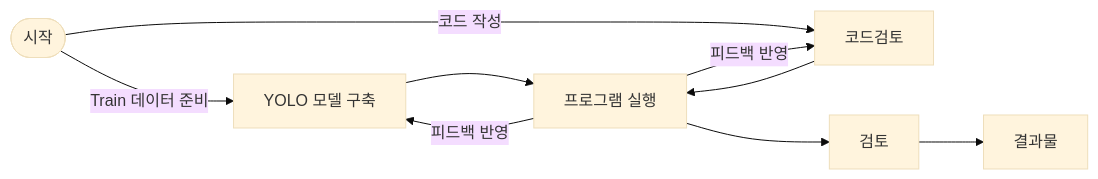
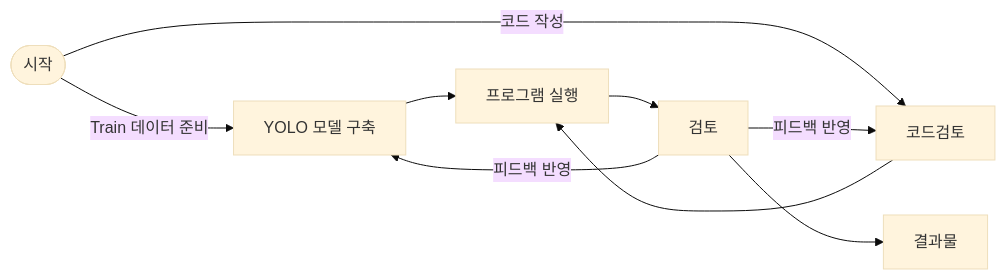
Before and after one commit to gamdumdum/my-project: the first of 2 diagrams in README.md, drawn with Mermaid (base theme).

````diff
--- a/README.md
+++ b/README.md
@@ -1,14 +1,15 @@
 ```mermaid
 flowchart LR
     시작([시작])
     시작 -->|Train 데이터 준비| Yolo[YOLO 모델 구축]
     시작 -->|코드 작성| 코드검토[코드검토]
 
     Yolo --> 실행[프로그램 실행]
     코드검토 --> 실행
+    실행 -->검토[검토]
 
-    실행 -->|피드백 반영| 코드검토
-    실행 -->|피드백 반영| Yolo
-    실행 -->검토[검토]
+    검토 -->|피드백 반영| 코드검토
+    검토 -->|피드백 반영| Yolo
+    
     검토 -->결과[결과물]
 ```
````
